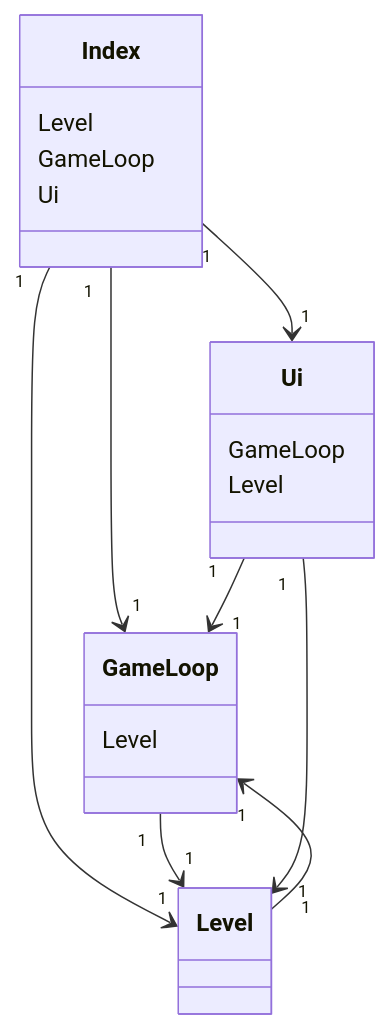
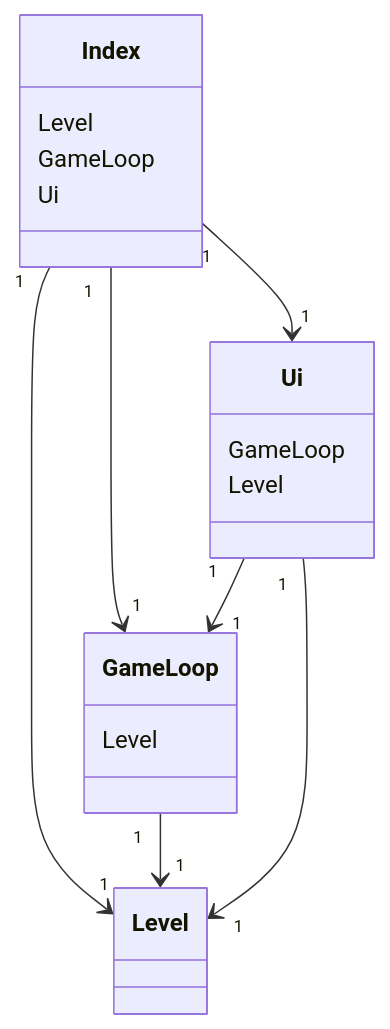
One commit to AapoTuulentie/ot-harjoitusty- changed the first of 2 diagrams in dokumentaatio/arkkitehtuuri.md. Above: the diagram before and after it, drawn with Mermaid.

````diff
--- a/dokumentaatio/arkkitehtuuri.md
+++ b/dokumentaatio/arkkitehtuuri.md
@@ -1,34 +1,33 @@
 ```mermaid
     classDiagram
 
         Index "1" --> "1" GameLoop
         Index "1" --> "1" Level
-        Level "1" --> "1" GameLoop
         GameLoop "1" --> "1" Level
         Index "1" --> "1" Ui
         Ui "1" --> "1" GameLoop
         Ui "1" --> "1" Level
 
         class Index{
             Level
             GameLoop
             Ui
 
         }
 
     class Level{
 
 
     }
 
     class GameLoop{
         Level
 
     }
 
     class Ui{
         GameLoop
         Level
     }
     
 ```
````
